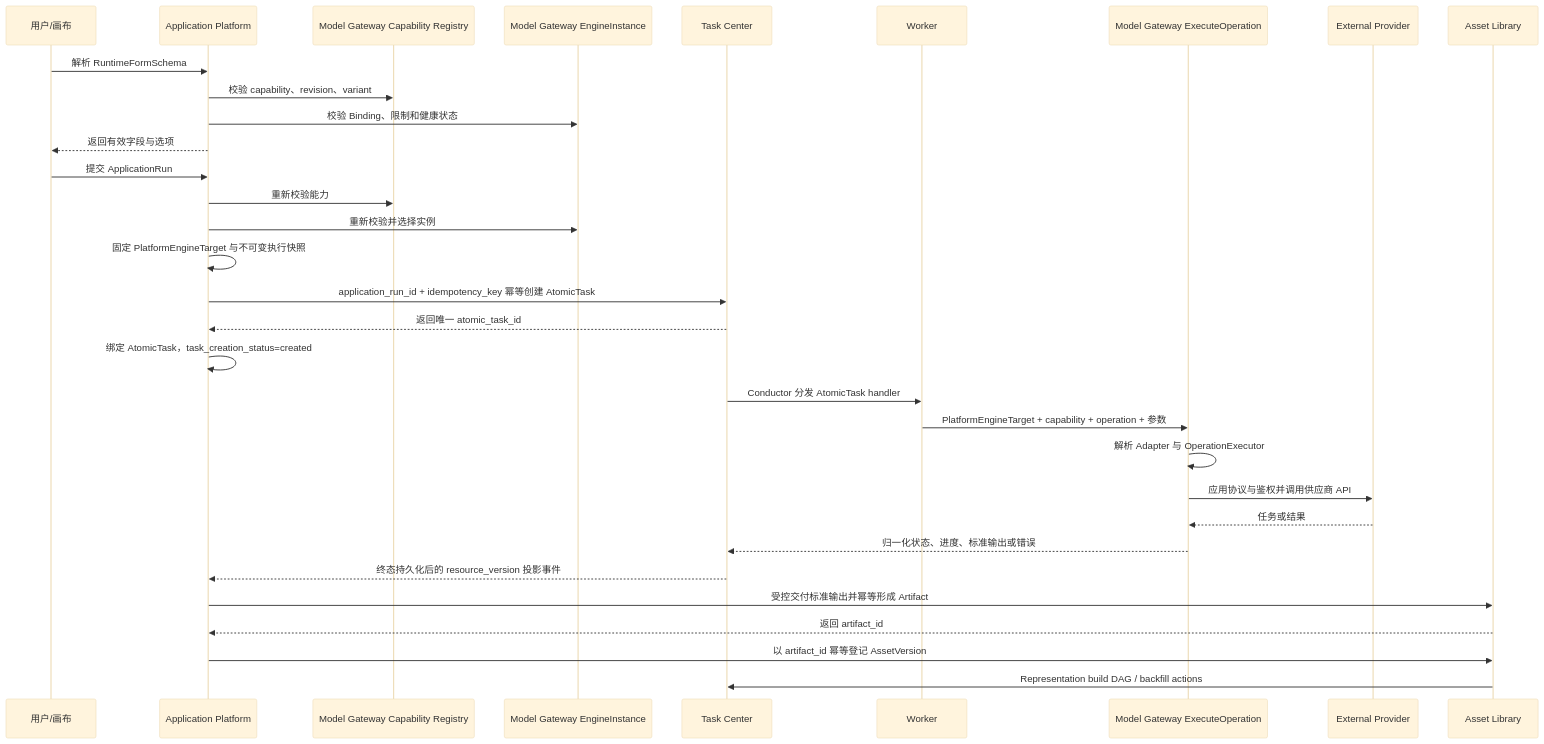
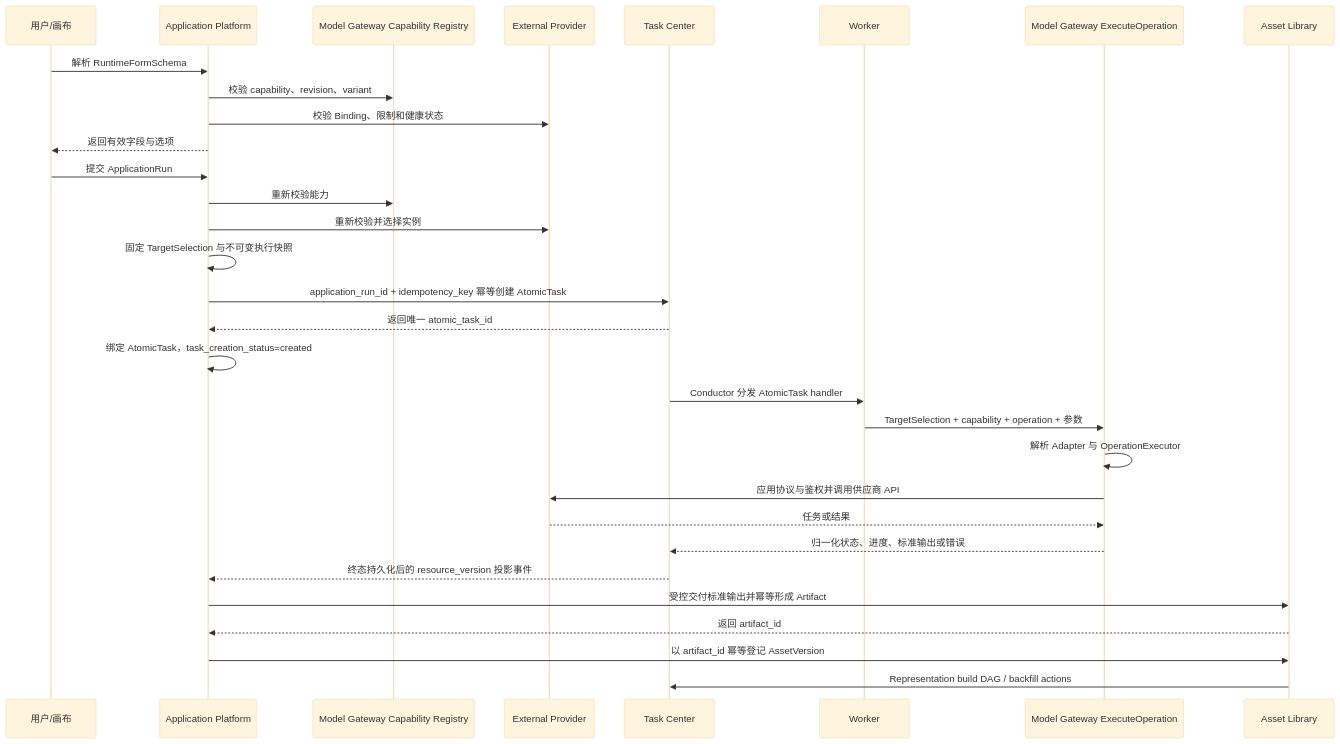
The second of 2 diagrams in 02_architecture/domains/application-platform.md (wangweihong/omnimam-spec), drawn with Mermaid (base theme) before and after one commit. The commit also changed other lines of this file and 67 other files, not shown here.

Commit message:
spec: implement unified provider account architecture

````diff
--- a/02_architecture/domains/application-platform.md
+++ b/02_architecture/domains/application-platform.md
@@ -69,35 +69,35 @@
 ```mermaid
 sequenceDiagram
     participant User as 用户/画布
     participant App as Application Platform
     participant Registry as Model Gateway Capability Registry
-    participant Engine as Model Gateway EngineInstance
+    participant Provider as Model Gateway ProviderAccount
     participant Task as Task Center
     participant Worker as Worker
     participant Gateway as Model Gateway ExecuteOperation
     participant Provider as External Provider
     participant Asset as Asset Library
 
     User->>App: 解析 RuntimeFormSchema
     App->>Registry: 校验 capability、revision、variant
-    App->>Engine: 校验 Binding、限制和健康状态
+    App->>Provider: 校验 Binding、限制和健康状态
     App-->>User: 返回有效字段与选项
     User->>App: 提交 ApplicationRun
     App->>Registry: 重新校验能力
-    App->>Engine: 重新校验并选择实例
-    App->>App: 固定 PlatformEngineTarget 与不可变执行快照
+    App->>Provider: 重新校验并选择实例
+    App->>App: 固定 TargetSelection 与不可变执行快照
     App->>Task: application_run_id + idempotency_key 幂等创建 AtomicTask
     Task-->>App: 返回唯一 atomic_task_id
     App->>App: 绑定 AtomicTask，task_creation_status=created
     Task->>Worker: Conductor 分发 AtomicTask handler
-    Worker->>Gateway: PlatformEngineTarget + capability + operation + 参数
+    Worker->>Gateway: TargetSelection + capability + operation + 参数
     Gateway->>Gateway: 解析 Adapter 与 OperationExecutor
     Gateway->>Provider: 应用协议与鉴权并调用供应商 API
     Provider-->>Gateway: 任务或结果
     Gateway-->>Task: 归一化状态、进度、标准输出或错误
     Task-->>App: 终态持久化后的 resource_version 投影事件
     App->>Asset: 受控交付标准输出并幂等形成 Artifact
     Asset-->>App: 返回 artifact_id
     App->>Asset: 以 artifact_id 幂等登记 AssetVersion
     Asset->>Task: Representation build DAG / backfill actions
 ```
````
